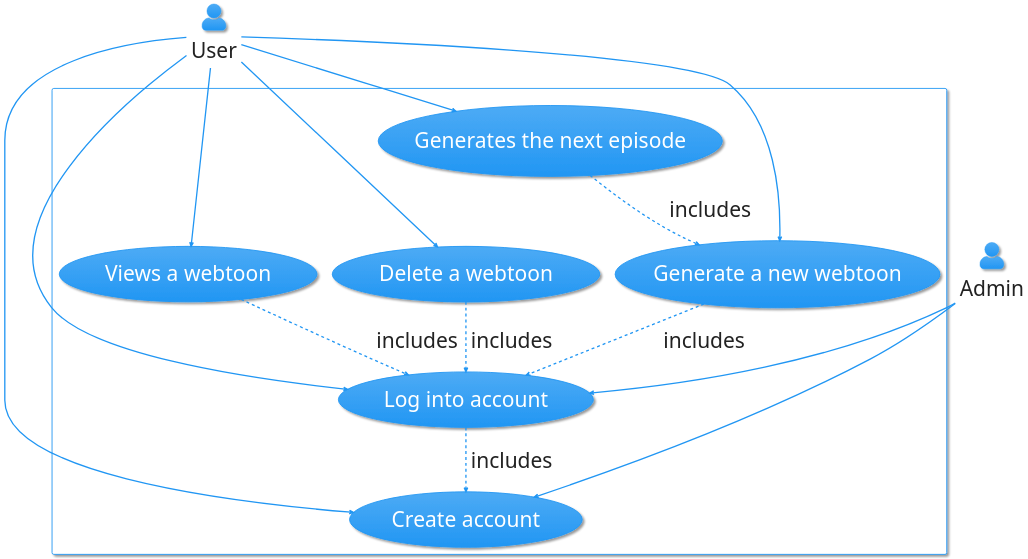
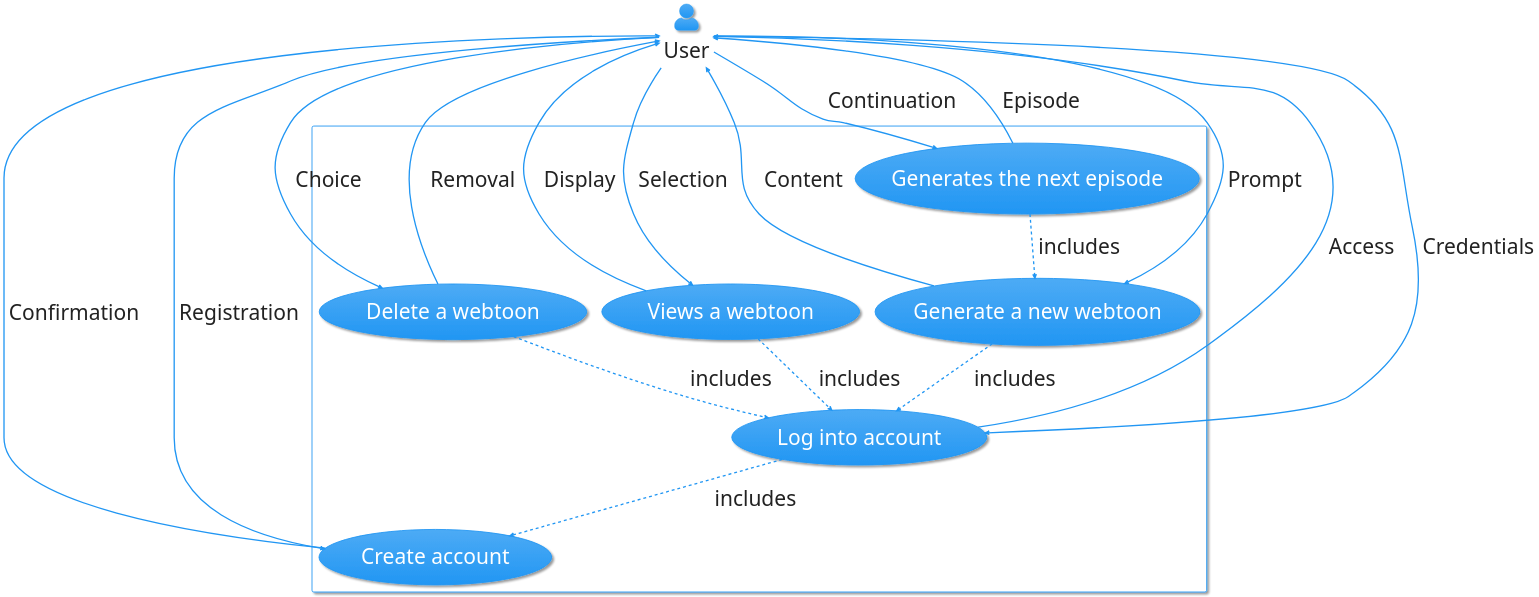
The diagram in lib/documents/use-case-diagram.puml (WinstonWaligora/let_us_webtoon), drawn with PlantUML before and after one commit. The commit also changed 15 other files, not shown here.

Commit message:
activity, use case, and context diagrams updated

```diff
--- a/lib/documents/use-case-diagram.puml
+++ b/lib/documents/use-case-diagram.puml
@@ -1,39 +1,45 @@
 @startuml 
 !theme materia
 skinparam actorStyle awesome
 skinparam defaultFontSize 48
 
 ' Define the actors
 :User: as user
-:Admin: as admin
+' :Admin: as admin
 
 ' Define the use cases
 rectangle {
     (Create account) as create
     (Log into account) as login
     (Generate a new webtoon) as generate
     (Views a webtoon) as view
     (Delete a webtoon) as delete
     (Generates the next episode) as next
 }
 
 ' Define the extends and includes arrows
 next ..> generate : includes
 generate ..> login : includes
 view ..> login : includes
 delete ..> login : includes
 login ..> create : includes
 
 ' Define the relationships
-admin --> create
-admin --> login
-user --> create
-user --> login
-user --> generate
-user --> view
-user --> delete
-user --> next
+' admin --> create
+' admin --> login
+user --> create : Registration
+user <-- create : Confirmation
+user --> login : Credentials
+user <-- login : Access
+user --> generate : Prompt
+user <-- generate : Content
+user --> view : Selection
+user <-- view : Display
+user --> delete : Choice
+user <-- delete : Removal
+user --> next : Continuation
+user <-- next : Episode
 
 ' Define the layout
 ' left to right direction
 @enduml
```
